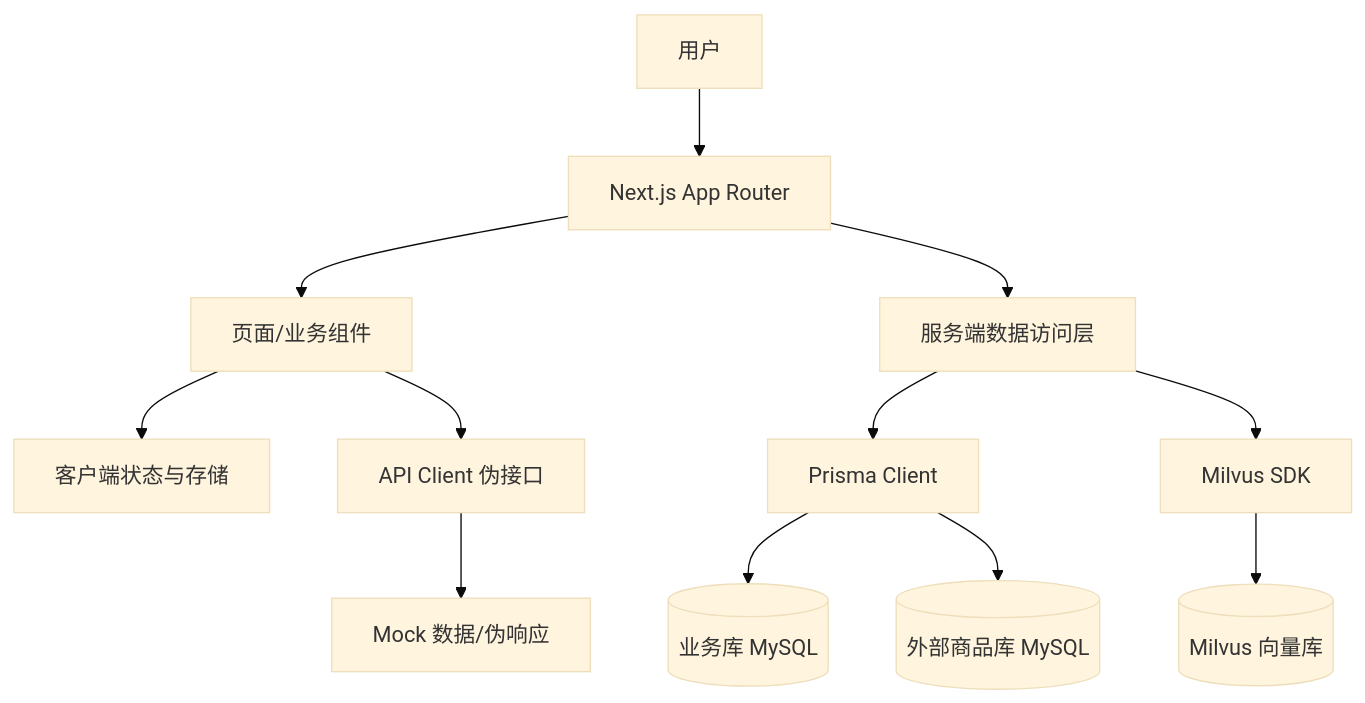
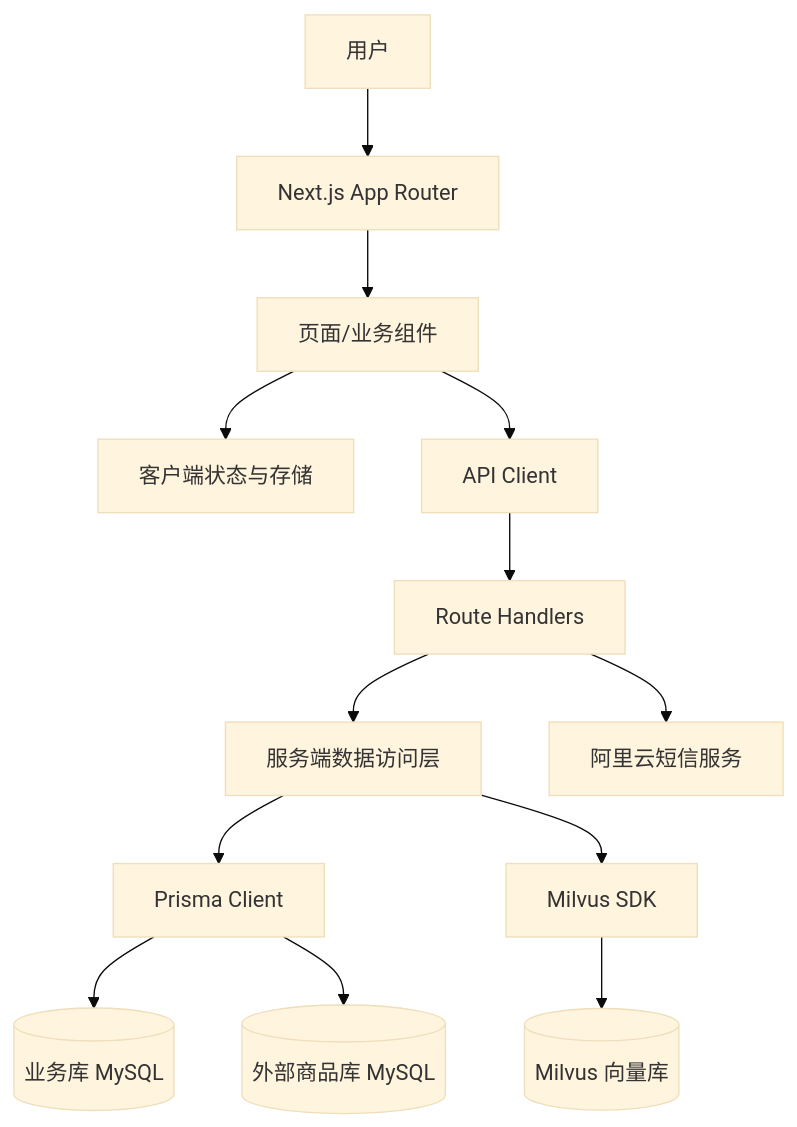
Before and after one commit to HUAHUAI23/yadang: the first of 2 diagrams in helloagents/wiki/arch.md, drawn with Mermaid (base theme). The commit also changed other lines of this file and 32 other files, not shown here.

````diff
--- a/helloagents/wiki/arch.md
+++ b/helloagents/wiki/arch.md
@@ -4,14 +4,15 @@
 ```mermaid
 flowchart TD
     U[用户] --> A[Next.js App Router]
     A --> C[页面/业务组件]
     C --> S[客户端状态与存储]
-    C --> L[API Client 伪接口]
-    L --> M[Mock 数据/伪响应]
-    A --> D[服务端数据访问层]
+    C --> L[API Client]
+    L --> R[Route Handlers]
+    R --> D[服务端数据访问层]
+    R --> X[阿里云短信服务]
     D --> P[Prisma Client]
     P --> B[(业务库 MySQL)]
     P --> E[(外部商品库 MySQL)]
     D --> V[Milvus SDK]
     V --> K[(Milvus 向量库)]
 ```
````
